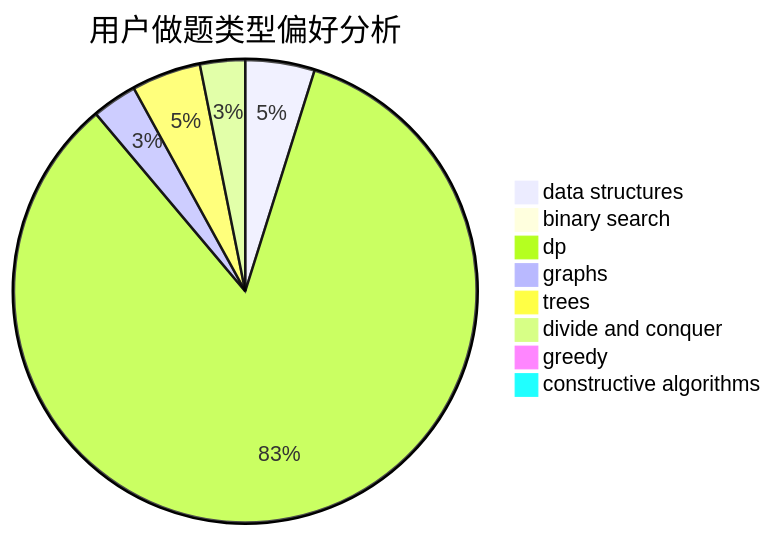
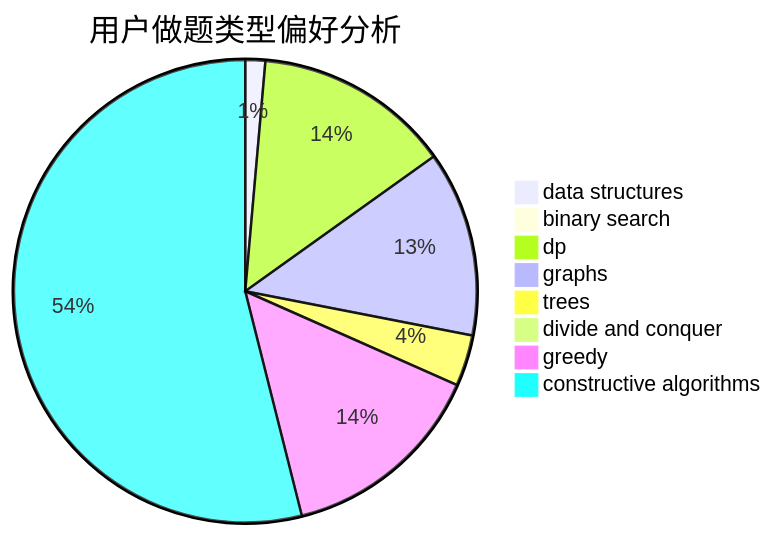
One commit to sherpahu/cfrs.github.io changed the second of 3 diagrams in docs/user/u1360.md. Above: the diagram before and after it, drawn with Mermaid. The commit also changed other lines of this file and 2770 other files, not shown here.

````diff
--- a/docs/user/u1360.md
+++ b/docs/user/u1360.md
@@ -23,11 +23,11 @@
 ```mermaid
 pie title 用户做题类型偏好分析
-    "data structures" :  20
+    "data structures" :  14
     "binary search" :  0
-    "dp" :  347
-    "graphs" :  13
-    "trees" :  20
-    "divide and conquer" :  13
-    "greedy" :  0
-    "constructive algorithms" :  3
+    "dp" :  138
+    "graphs" :  130
+    "trees" :  36
+    "divide and conquer" :  7
+    "greedy" :  145
+    "constructive algorithms" :  542
 ```
````
